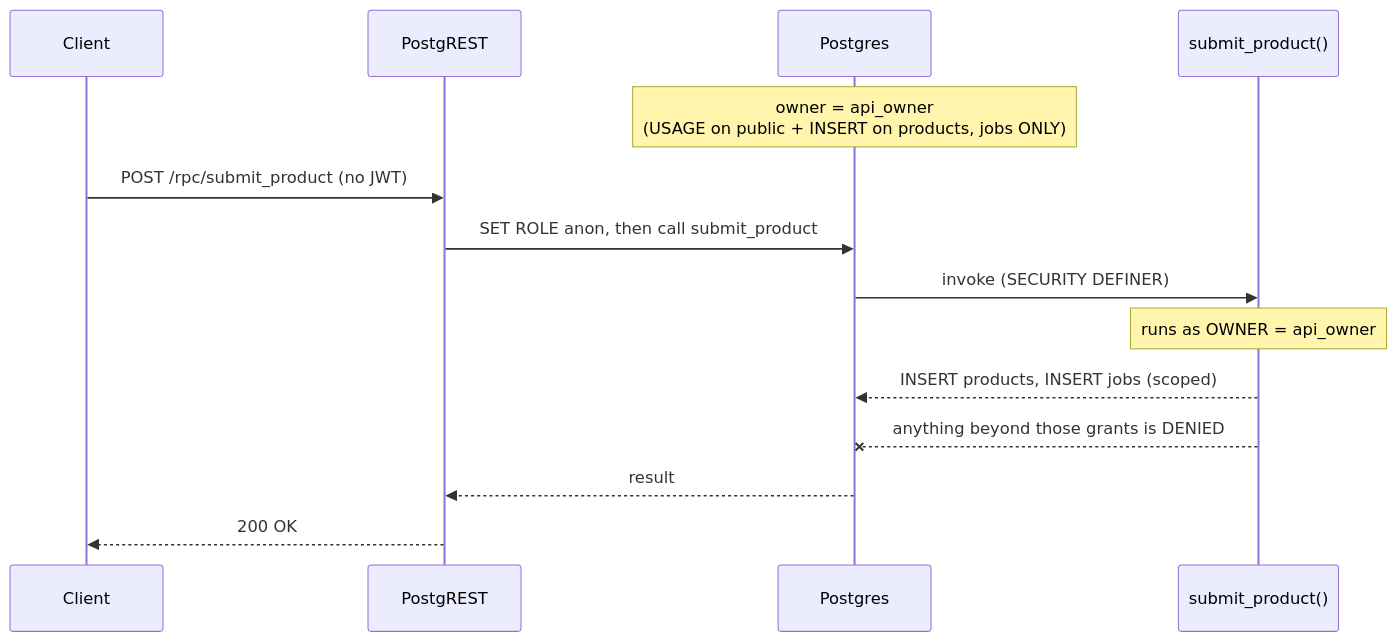
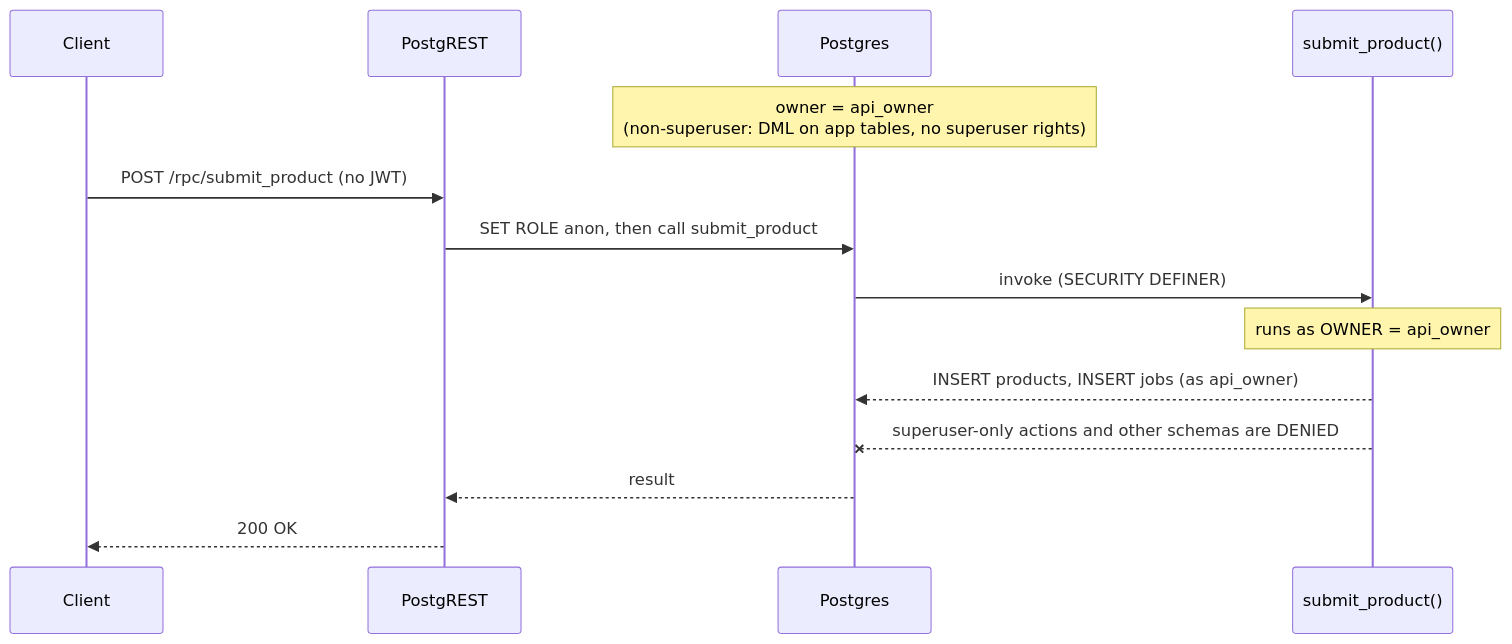
The fourth of 4 diagrams in docs/superpowers/specs/2026-06-04-security-definer-owner-design.md (Havoc24k/Postgres4all), drawn with Mermaid before and after one commit. The commit also changed other lines of this file and 3 other files, not shown here.

First line of the commit message:
feat(update+spec): api_owner CREATE/DML parity in update delta; revise spec

````diff
--- a/docs/superpowers/specs/2026-06-04-security-definer-owner-design.md
+++ b/docs/superpowers/specs/2026-06-04-security-definer-owner-design.md
@@ -162,17 +165,17 @@
 ```mermaid
 sequenceDiagram
     participant Client
     participant PostgREST
     participant DB as Postgres
     participant Fn as submit_product()
 
-    Note over DB: owner = api_owner<br/>(USAGE on public + INSERT on products, jobs ONLY)
+    Note over DB: owner = api_owner<br/>(non-superuser: DML on app tables, no superuser rights)
     Client->>PostgREST: POST /rpc/submit_product (no JWT)
     PostgREST->>DB: SET ROLE anon, then call submit_product
     DB->>Fn: invoke (SECURITY DEFINER)
     Note over Fn: runs as OWNER = api_owner
-    Fn-->>DB: INSERT products, INSERT jobs (scoped)
-    Fn--xDB: anything beyond those grants is DENIED
+    Fn-->>DB: INSERT products, INSERT jobs (as api_owner)
+    Fn--xDB: superuser-only actions and other schemas are DENIED
     DB-->>PostgREST: result
     PostgREST-->>Client: 200 OK
 ```
````
